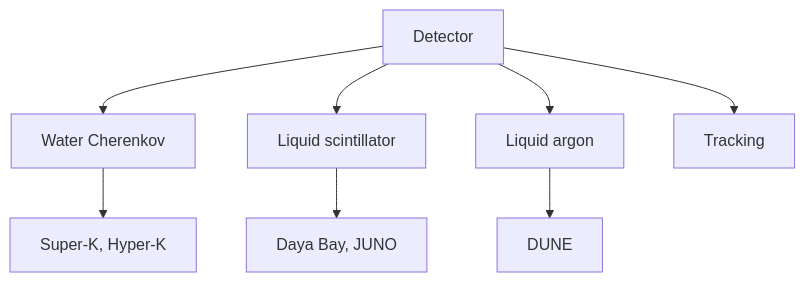
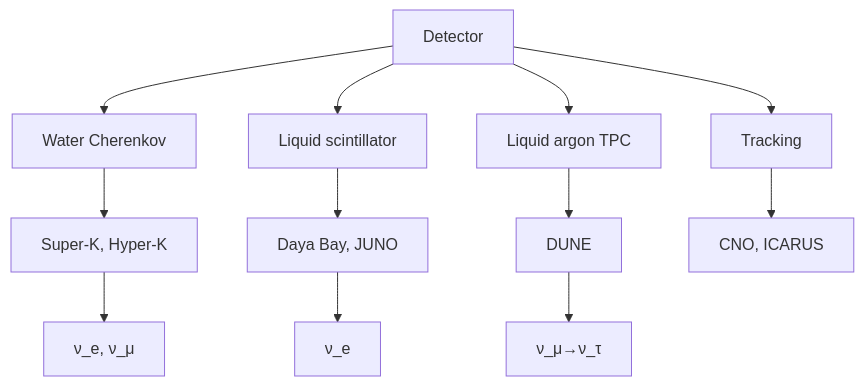
Before and after one commit to yip-lgtm/PhysicsSelfStudy: the fourth of 5 diagrams in 03_MSc_Physics/electives/MSPY_6710_Neutrino_Physics/README.md, drawn with Mermaid. The commit also changed other lines of this file and 17 other files, not shown here.

````diff
--- a/03_MSc_Physics/electives/MSPY_6710_Neutrino_Physics/README.md
+++ b/03_MSc_Physics/electives/MSPY_6710_Neutrino_Physics/README.md
@@ -307,10 +478,14 @@
 ```mermaid
 graph TD
     A[Detector] --> B[Water Cherenkov]
     A --> C[Liquid scintillator]
-    A --> D[Liquid argon]
+    A --> D[Liquid argon TPC]
     A --> E[Tracking]
     B --> F[Super-K, Hyper-K]
     C --> G[Daya Bay, JUNO]
     D --> H[DUNE]
+    E --> I[CNO, ICARUS]
+    F --> J[ν_e, ν_μ]
+    G --> K[ν_e]
+    H --> L[ν_μ→ν_τ]
 ```
````
